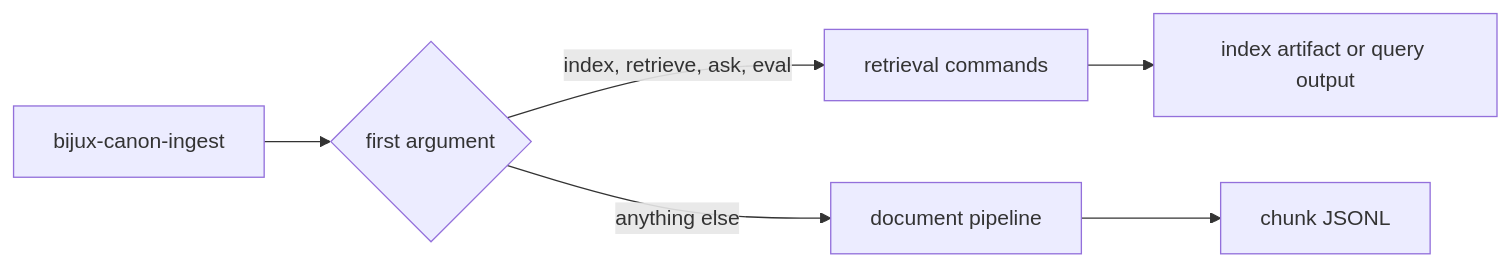
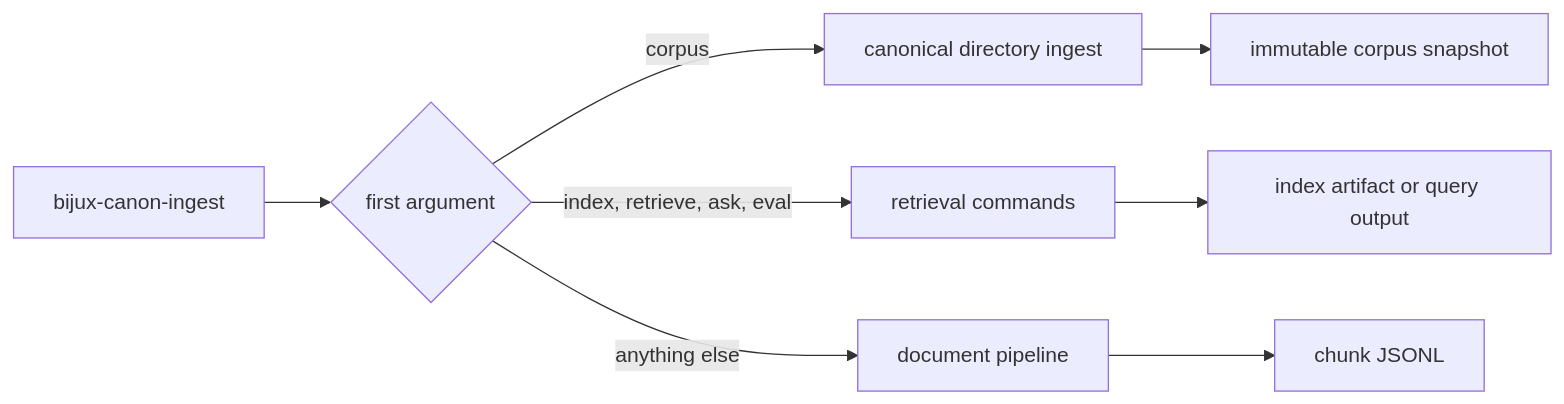
Before and after one commit to bijux/bijux-canon: the diagram in docs/02-bijux-canon-ingest/interfaces/cli-surface.md, drawn with Mermaid. The commit also changed other lines of this file and 16 other files, not shown here.

Commit message:
feat(ingest): verify corpus lock provenance

````diff
--- a/docs/02-bijux-canon-ingest/interfaces/cli-surface.md
+++ b/docs/02-bijux-canon-ingest/interfaces/cli-surface.md
@@ -16,8 +18,10 @@
 ```mermaid
 flowchart LR
     CLI[bijux-canon-ingest] --> Dispatch{first argument}
+    Dispatch -->|corpus| Corpus[canonical directory ingest]
     Dispatch -->|index, retrieve, ask, eval| Retrieval[retrieval commands]
     Dispatch -->|anything else| Pipeline[document pipeline]
     Pipeline --> Chunks[chunk JSONL]
     Retrieval --> Index[index artifact or query output]
+    Corpus --> Snapshot[immutable corpus snapshot]
 ```
````
